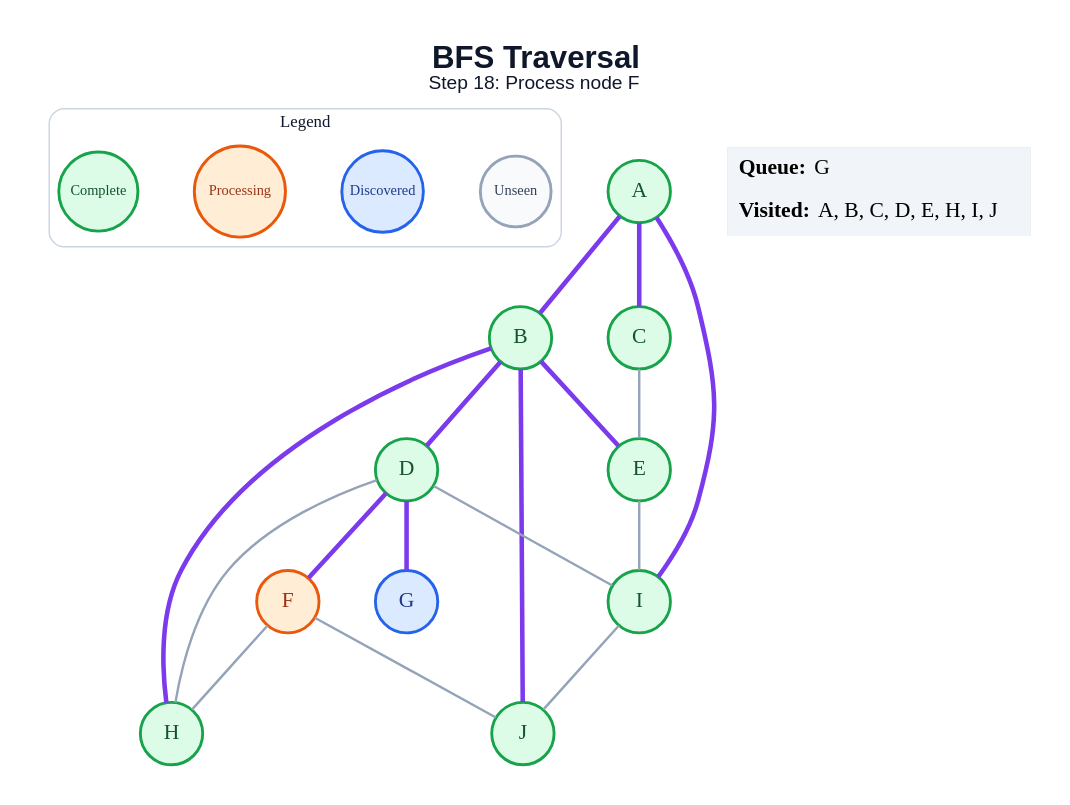
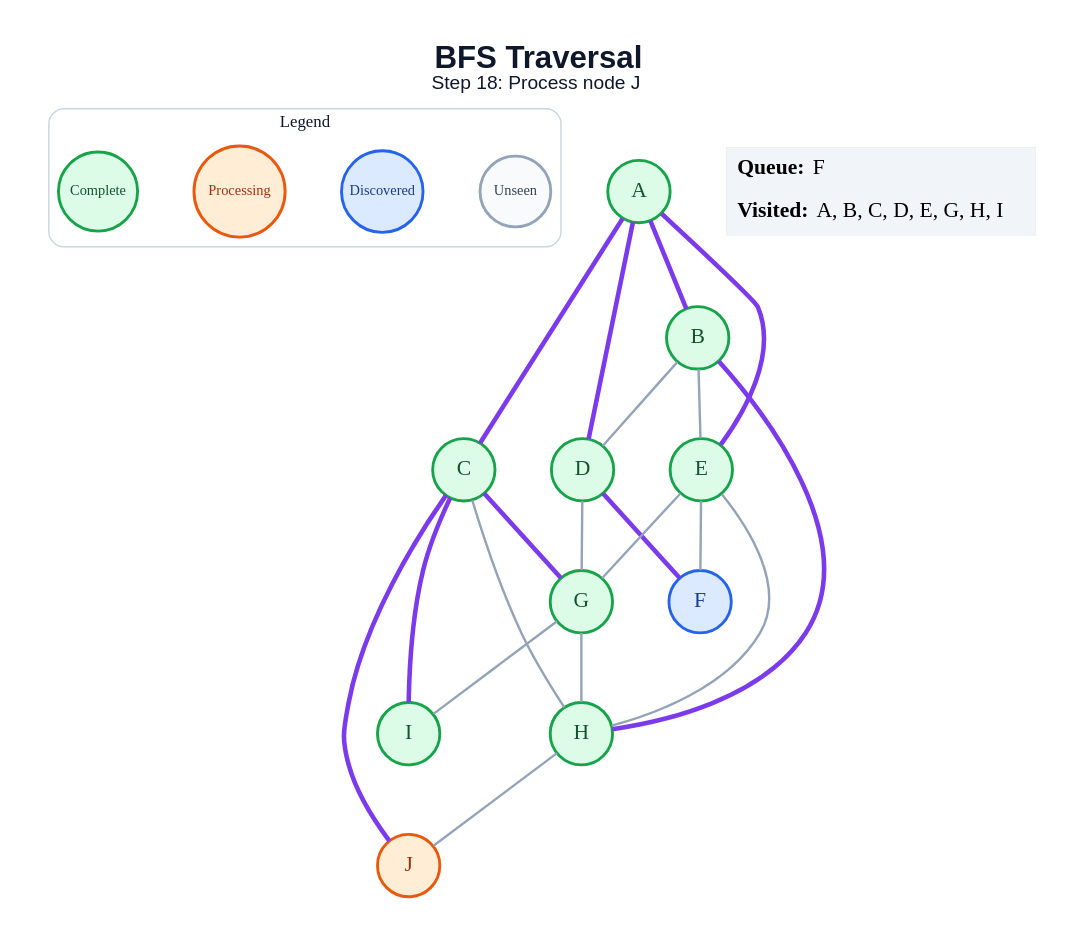
Before and after one commit to amanghodawala9/ai-slop: the diagram in generated/bfs/step_18.dot, drawn with Graphviz. The commit also changed 178 other files, not shown here.

```diff
--- a/generated/bfs/step_18.dot
+++ b/generated/bfs/step_18.dot
@@ -1,45 +1,48 @@
 graph traversal {
   graph [layout=dot, rankdir=TB, bgcolor="#FFFFFF", pad="0.35", nodesep="0.65", ranksep="0.8", fontname="Arial"];
   node [shape=circle, style="filled", fontname="Arial Bold", fontsize=18, width=0.72, fixedsize=true, penwidth=2.4];
   edge [color="#94A3B8", penwidth=2.0];
-  label=<<B>BFS Traversal</B><BR/><FONT POINT-SIZE="16">Step 18: Process node F</FONT>>; labelloc="t"; fontsize=26; fontname="Arial"; fontcolor="#0F172A";
+  label=<<B>BFS Traversal</B><BR/><FONT POINT-SIZE="16">Step 18: Process node J</FONT>>; labelloc="t"; fontsize=26; fontname="Arial"; fontcolor="#0F172A";
   subgraph cluster_legend { label="Legend"; color="#CBD5E1"; penwidth=1.2; style="rounded"; fontsize=14; fontname="Arial Bold";
     key_unseen [label="Unseen", fillcolor="#F8FAFC", color="#94A3B8", fontcolor="#334155", fontsize=12, width=0.82];
     key_frontier [label="Discovered", fillcolor="#DBEAFE", color="#2563EB", fontcolor="#1E3A8A", fontsize=12, width=0.95];
     key_current [label="Processing", fillcolor="#FFEDD5", color="#EA580C", fontcolor="#9A3412", fontsize=12, width=1.05];
     key_done [label="Complete", fillcolor="#DCFCE7", color="#16A34A", fontcolor="#14532D", fontsize=12, width=0.92];
     { rank=same; key_unseen; key_frontier; key_current; key_done; }
   }
   A [fillcolor="#DCFCE7", color="#16A34A", fontcolor="#14532D"];
   B [fillcolor="#DCFCE7", color="#16A34A", fontcolor="#14532D"];
   C [fillcolor="#DCFCE7", color="#16A34A", fontcolor="#14532D"];
   D [fillcolor="#DCFCE7", color="#16A34A", fontcolor="#14532D"];
   E [fillcolor="#DCFCE7", color="#16A34A", fontcolor="#14532D"];
-  F [fillcolor="#FFEDD5", color="#EA580C", fontcolor="#9A3412"];
-  G [fillcolor="#DBEAFE", color="#2563EB", fontcolor="#1E3A8A"];
+  F [fillcolor="#DBEAFE", color="#2563EB", fontcolor="#1E3A8A"];
+  G [fillcolor="#DCFCE7", color="#16A34A", fontcolor="#14532D"];
   H [fillcolor="#DCFCE7", color="#16A34A", fontcolor="#14532D"];
   I [fillcolor="#DCFCE7", color="#16A34A", fontcolor="#14532D"];
-  J [fillcolor="#DCFCE7", color="#16A34A", fontcolor="#14532D"];
+  J [fillcolor="#FFEDD5", color="#EA580C", fontcolor="#9A3412"];
   A -- B [color="#7C3AED", penwidth=3.8];
   A -- C [color="#7C3AED", penwidth=3.8];
-  A -- I [color="#7C3AED", penwidth=3.8];
-  B -- D [color="#7C3AED", penwidth=3.8];
-  B -- E [color="#7C3AED", penwidth=3.8];
+  A -- D [color="#7C3AED", penwidth=3.8];
+  A -- E [color="#7C3AED", penwidth=3.8];
+  B -- D;
+  B -- E;
   B -- H [color="#7C3AED", penwidth=3.8];
-  B -- J [color="#7C3AED", penwidth=3.8];
-  C -- E;
+  C -- G [color="#7C3AED", penwidth=3.8];
+  C -- H;
+  C -- I [color="#7C3AED", penwidth=3.8];
+  C -- J [color="#7C3AED", penwidth=3.8];
   D -- F [color="#7C3AED", penwidth=3.8];
-  D -- G [color="#7C3AED", penwidth=3.8];
-  D -- H;
-  D -- I;
-  E -- I;
-  F -- H;
-  F -- J;
-  I -- J;
+  D -- G;
+  E -- F;
+  E -- G;
+  E -- H;
+  G -- H;
+  G -- I;
+  H -- J;
   status [shape=plain, fixedsize=false, width=0, height=0, margin=0, label=<
     <TABLE BORDER="0" CELLBORDER="0" CELLPADDING="7" BGCOLOR="#F1F5F9">
-      <TR><TD ALIGN="LEFT"><B>Queue:</B> G</TD></TR>
-      <TR><TD ALIGN="LEFT"><B>Visited:</B> A, B, C, D, E, H, I, J</TD></TR>
+      <TR><TD ALIGN="LEFT"><B>Queue:</B> F</TD></TR>
+      <TR><TD ALIGN="LEFT"><B>Visited:</B> A, B, C, D, E, G, H, I</TD></TR>
     </TABLE>
   >];
 }
```
